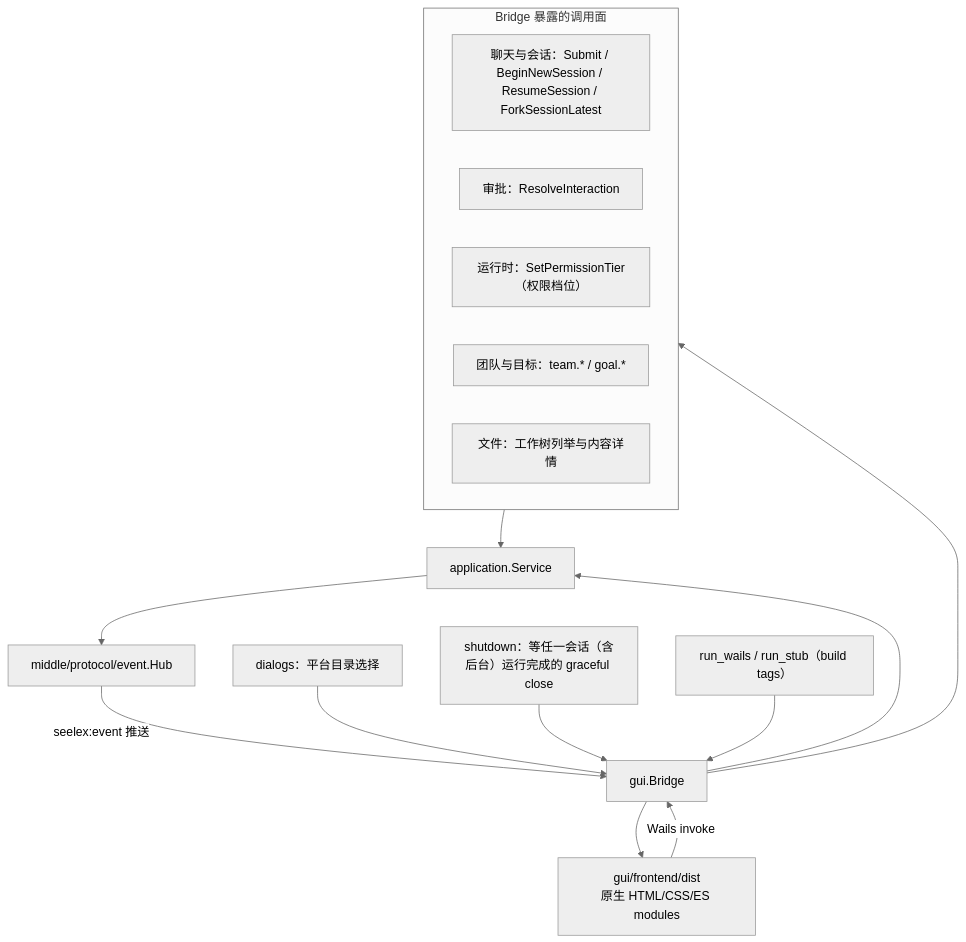
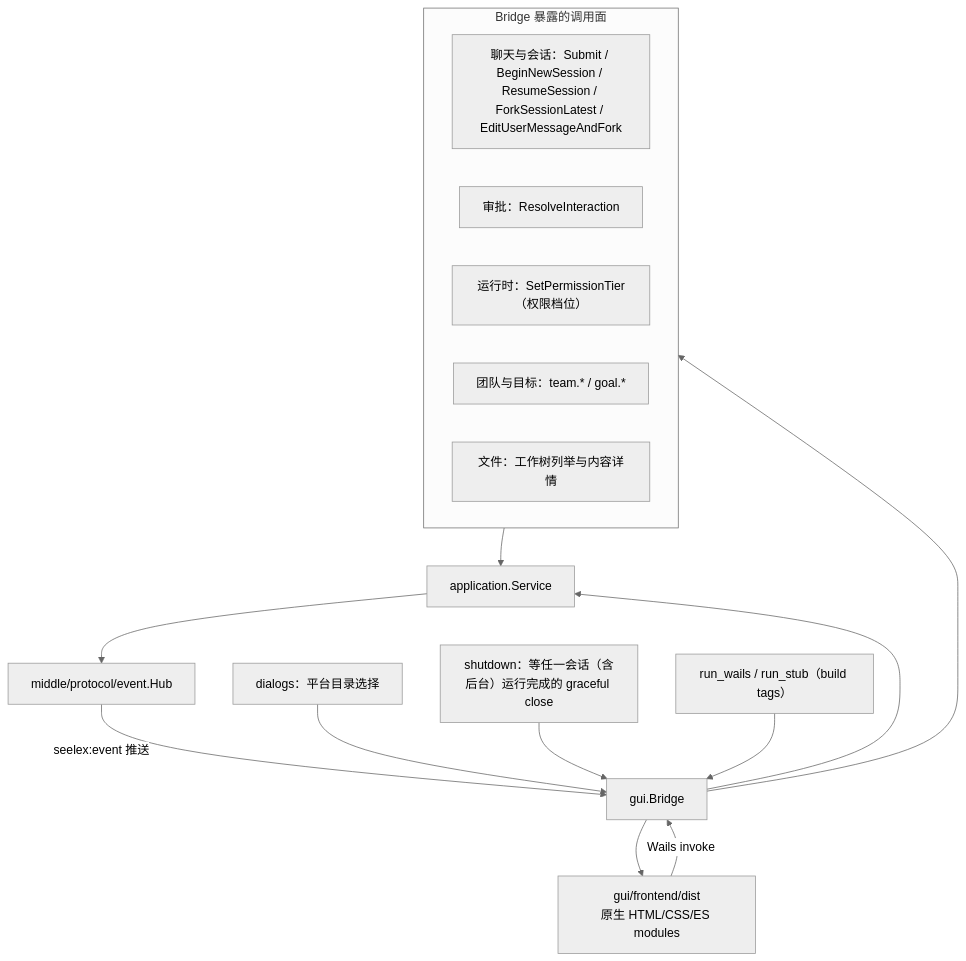
One commit to RedHuang-0622/seelex changed the first of 2 diagrams in gui/README.md. Above: the diagram before and after it, drawn with Mermaid (neutral theme). The commit also changed other lines of this file and 52 other files, not shown here.

First line of the commit message:
feat(session): add message edit fork workflow

````diff
--- a/gui/README.md
+++ b/gui/README.md
@@ -11,22 +11,22 @@
 ```mermaid
 flowchart TB
     WEB["gui/frontend/dist<br/>原生 HTML/CSS/ES modules"] -->|Wails invoke| BR["gui.Bridge"]
     BR --> SVC["application.Service"]
     SVC --> HUB["middle/protocol/event.Hub"]
     HUB -->|seelex:event 推送| BR
     BR --> WEB
 
     subgraph FACES["Bridge 暴露的调用面"]
-        F1["聊天与会话：Submit / BeginNewSession / ResumeSession / ForkSessionLatest"]
+        F1["聊天与会话：Submit / BeginNewSession / ResumeSession / ForkSessionLatest / EditUserMessageAndFork"]
         F2["审批：ResolveInteraction"]
         F3["运行时：SetPermissionTier（权限档位）"]
         F4["团队与目标：team.* / goal.*"]
         F5["文件：工作树列举与内容详情"]
     end
     BR --> FACES
     FACES --> SVC
 
     DLG["dialogs：平台目录选择"] --> BR
     SHUT["shutdown：等任一会话（含后台）运行完成的 graceful close"] --> BR
     RUN["run_wails / run_stub（build tags）"] --> BR
 ```
````
